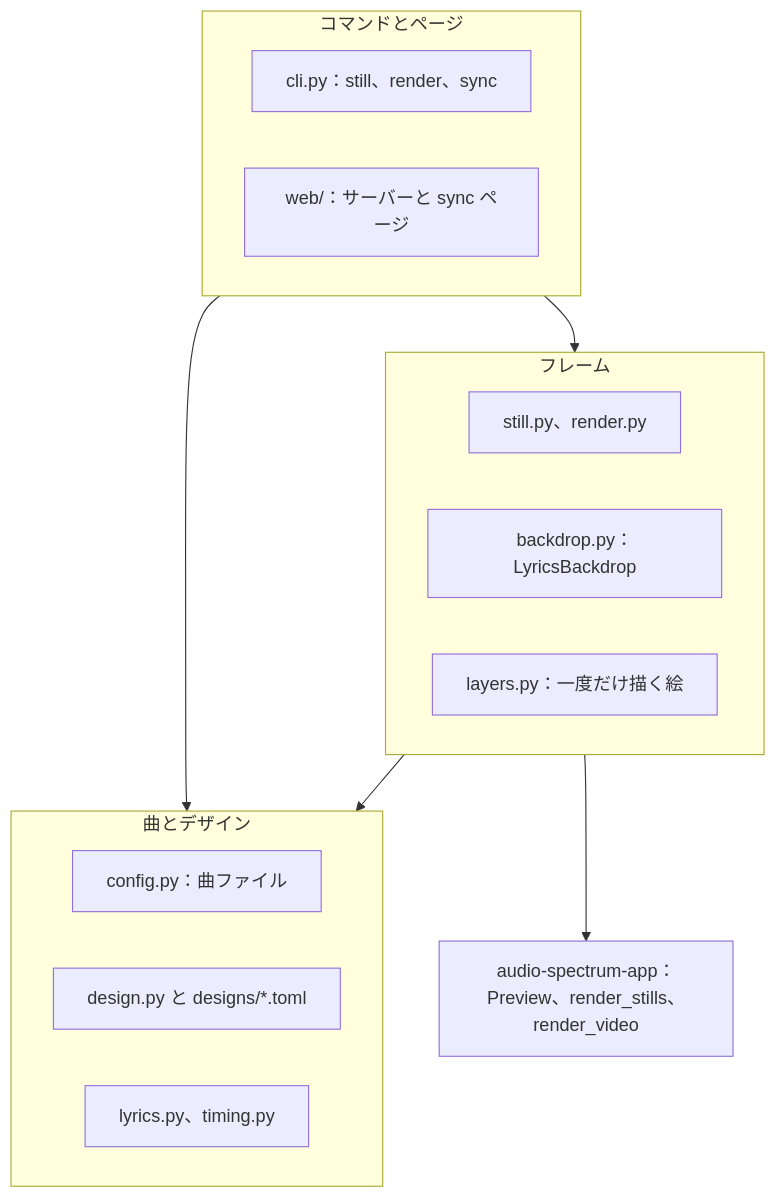
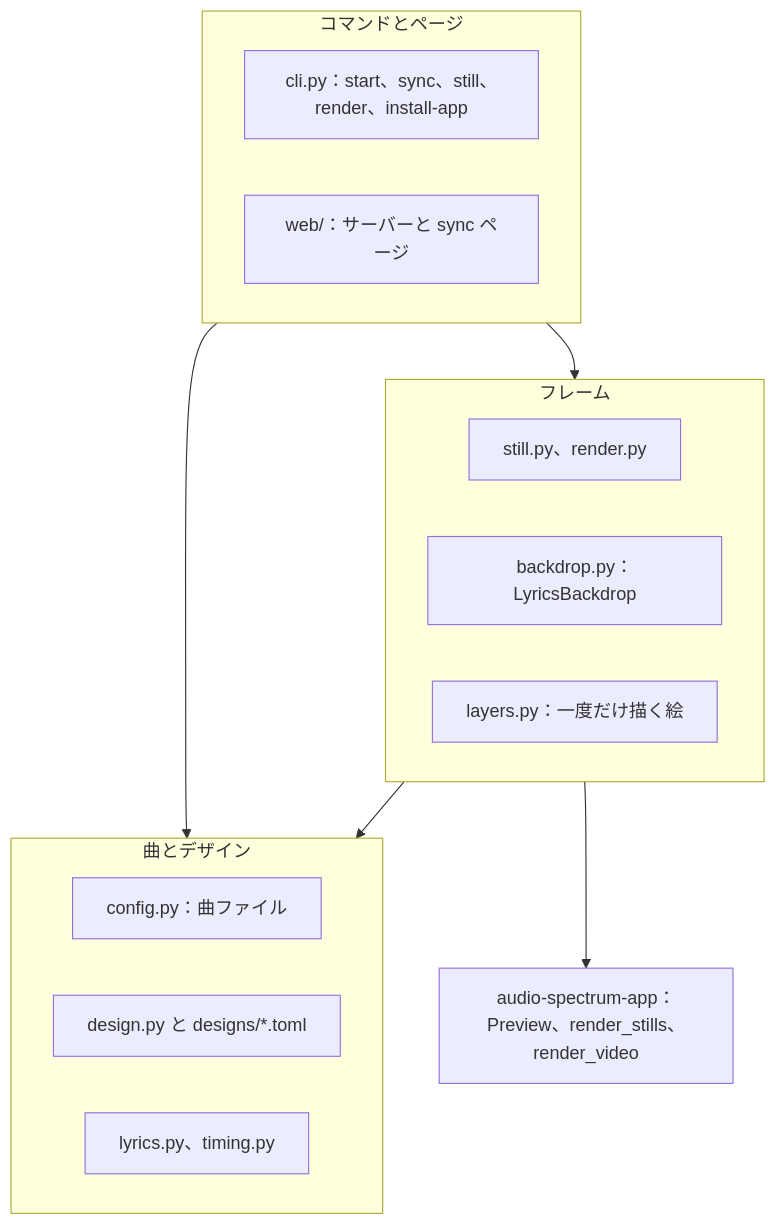
Before and after one commit to musica-sanare/lyrics-video-app: the first of 3 diagrams in docs/ja/ARCHITECTURE.md, drawn with Mermaid. The commit also changed other lines of this file and 10 other files, not shown here.

First line of the commit message:
feat: install the app for the Dock

````diff
--- a/docs/ja/ARCHITECTURE.md
+++ b/docs/ja/ARCHITECTURE.md
@@ -15,22 +15,22 @@
 ```mermaid
 flowchart TB
   subgraph commands["コマンドとページ"]
-    cli["cli.py：still、render、sync"]
+    cli["cli.py：start、sync、still、render、install-app"]
     web["web/：サーバーと sync ページ"]
   end
   subgraph frames["フレーム"]
     still["still.py、render.py"]
     backdrop["backdrop.py：LyricsBackdrop"]
     layers["layers.py：一度だけ描く絵"]
   end
   subgraph inputs["曲とデザイン"]
     config["config.py：曲ファイル"]
     design["design.py と designs/*.toml"]
     text["lyrics.py、timing.py"]
   end
   spectrum["audio-spectrum-app：Preview、render_stills、render_video"]
   commands --> frames
   commands --> inputs
   frames --> inputs
   frames --> spectrum
 ```
````
